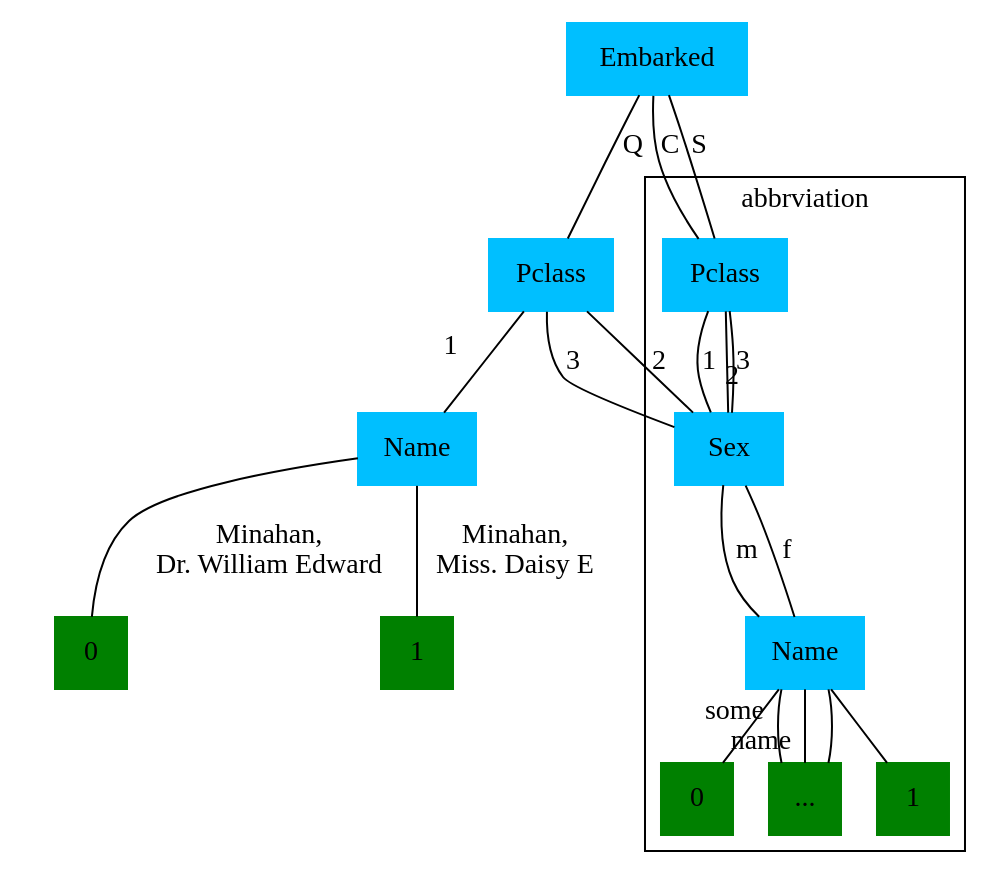
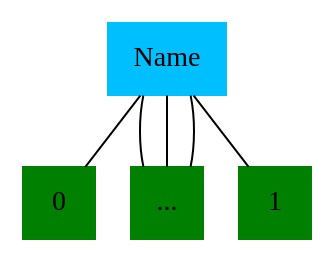
One commit to upforde/NTNU changed the diagram in AIMet/Assignment 4/graph2.dot. Above: the diagram before and after it, drawn with Graphviz. The commit also changed 4 other files, not shown here.

```diff
--- a/AIMet/Assignment 4/graph2.dot
+++ b/AIMet/Assignment 4/graph2.dot
@@ -1,37 +1,12 @@
 graph MyGraph {
-    // Attributes
-    node [shape = rect, style = filled, color = deepskyblue]
-    Embarked;pc[label=Pclass];pc1s[label=Name];
-    Pclass;Sex;Name;
-    // Values
-    node [shape = square, style = filled, color = green]
-    sm[label = 0];sf[label = 1];
-    
-    Embarked -- Pclass [label = "C"];
-    Embarked -- Pclass [label = "S"];
-    Embarked -- pc [label = "Q"];
+    node[shape=rect, style=filled, color=deepskyblue];
+    Name;
+    node[shape=square,style=filled,color=green];
+    0;"...";1;
 
-    subgraph cluster_Q{
-        color = white
-        pc -- pc1s [xlabel = "1   "];
-        pc1s -- sm[label = "Minahan, \nDr. William Edward"];
-        pc1s -- sf[label = "Minahan, \nMiss. Daisy E"];
-    }
-    
-    subgraph cluster_abbreviation{
-        Pclass -- Sex [label = 1];
-        Pclass -- Sex [xlabel = 2];
-        Pclass -- Sex [label = 3];pc -- Sex [label = 3]
-        pc -- Sex[label = 2];
-        Sex -- Name [label = m];
-        Sex -- Name [label = f];
-        Name -- 0;
-        Name -- "..."[xlabel = "  some"];
-        Name -- "..."[xlabel = " name"];
-        Name -- "...";
-        Name -- 1;
-
-        label = "abbrviation";
-        color = black;
-    }
+    Name -- 0;
+    Name -- "...";
+    Name -- "...";
+    Name -- "...";
+    Name -- 1;
 }
```
